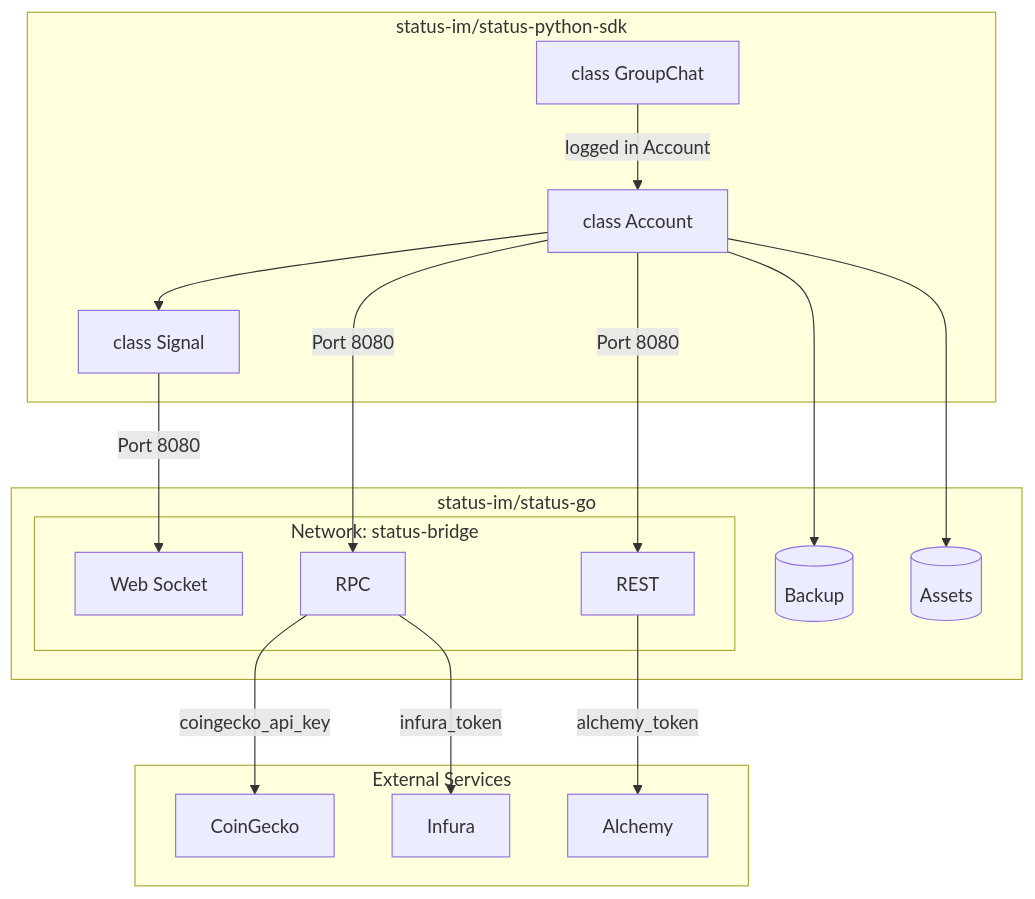
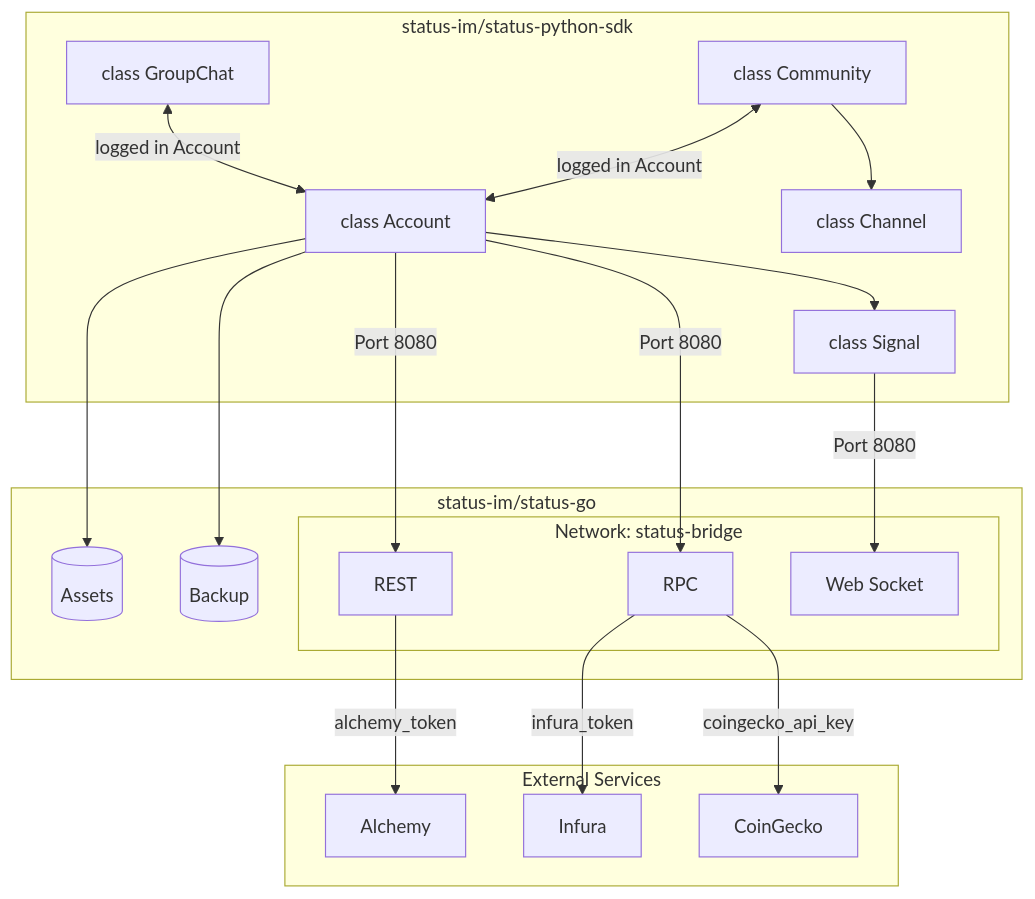
Before and after one commit to status-im/status-python-sdk: the first of 2 diagrams in README.md, drawn with Mermaid. The commit also changed 30 other files, not shown here.

````diff
--- a/README.md
+++ b/README.md
@@ -15,36 +15,40 @@
 ```mermaid
 graph TB
     subgraph backend[status-im/status-go]
         subgraph Endpoints[Network: status-bridge]
            RPC[RPC]
            HTTP[REST]
            SOCKET[Web Socket]
        end
        Vol1[(Backup)]
        Vol2[(Assets)]
    end
 
 
    subgraph bot[status-im/status-python-sdk]
         GROUP_CHAT[class GroupChat]
+        COMMUNITY[class Community]
+        CHANNEL[class Channel]
         SDK[class Account]
         SIGNAL[class Signal]
     end
 
     subgraph external[External Services]
         COINGECKO[CoinGecko]
         ALCHEMY[Alchemy]
         INFURA[Infura]
     end
 
-    GROUP_CHAT --> |logged in Account| SDK
+    COMMUNITY --> CHANNEL
+    COMMUNITY <--> |logged in Account| SDK
+    GROUP_CHAT <--> |logged in Account| SDK
     SDK --> SIGNAL
     SDK --> |Port 8080| RPC
     SDK --> |Port 8080| HTTP
     SIGNAL --> |Port 8080| SOCKET
     SDK --> Vol1
     SDK --> Vol2
     RPC --> |coingecko_api_key| COINGECKO
     RPC --> |infura_token| INFURA
     HTTP --> |alchemy_token| ALCHEMY
 ```
````
